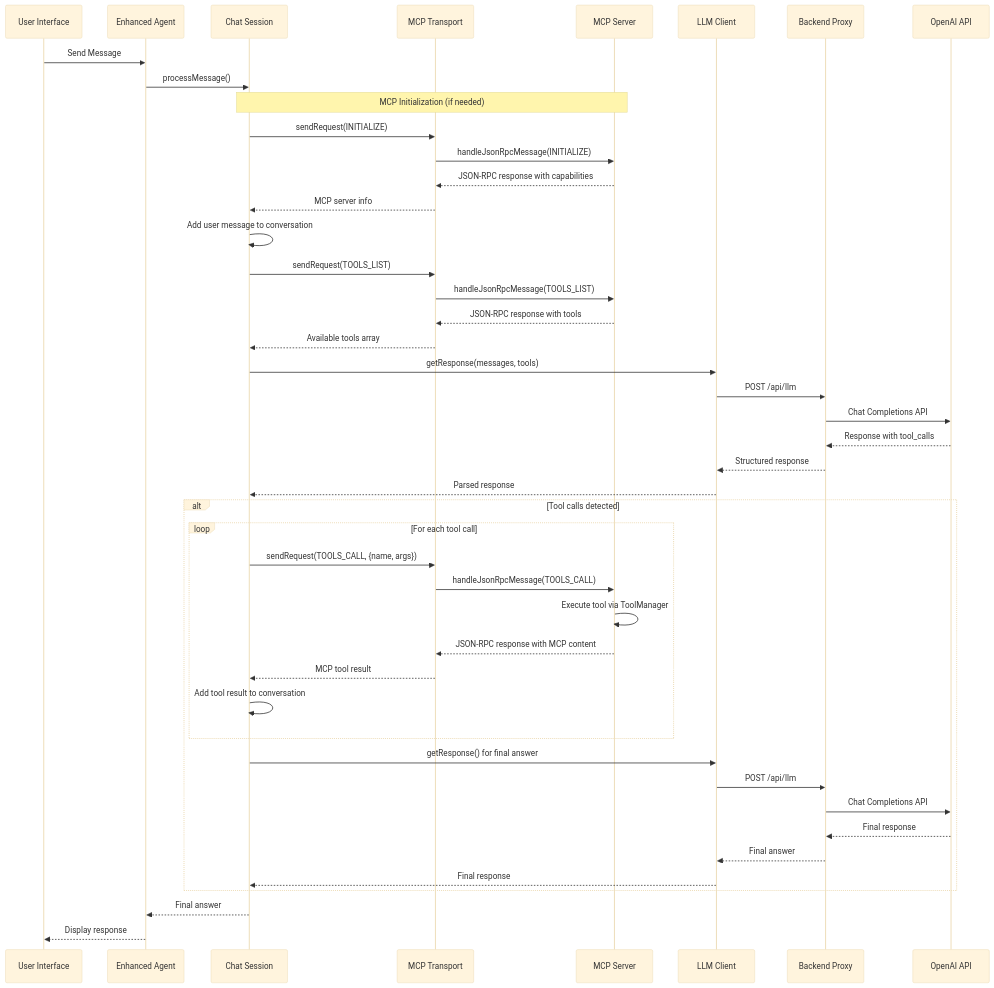
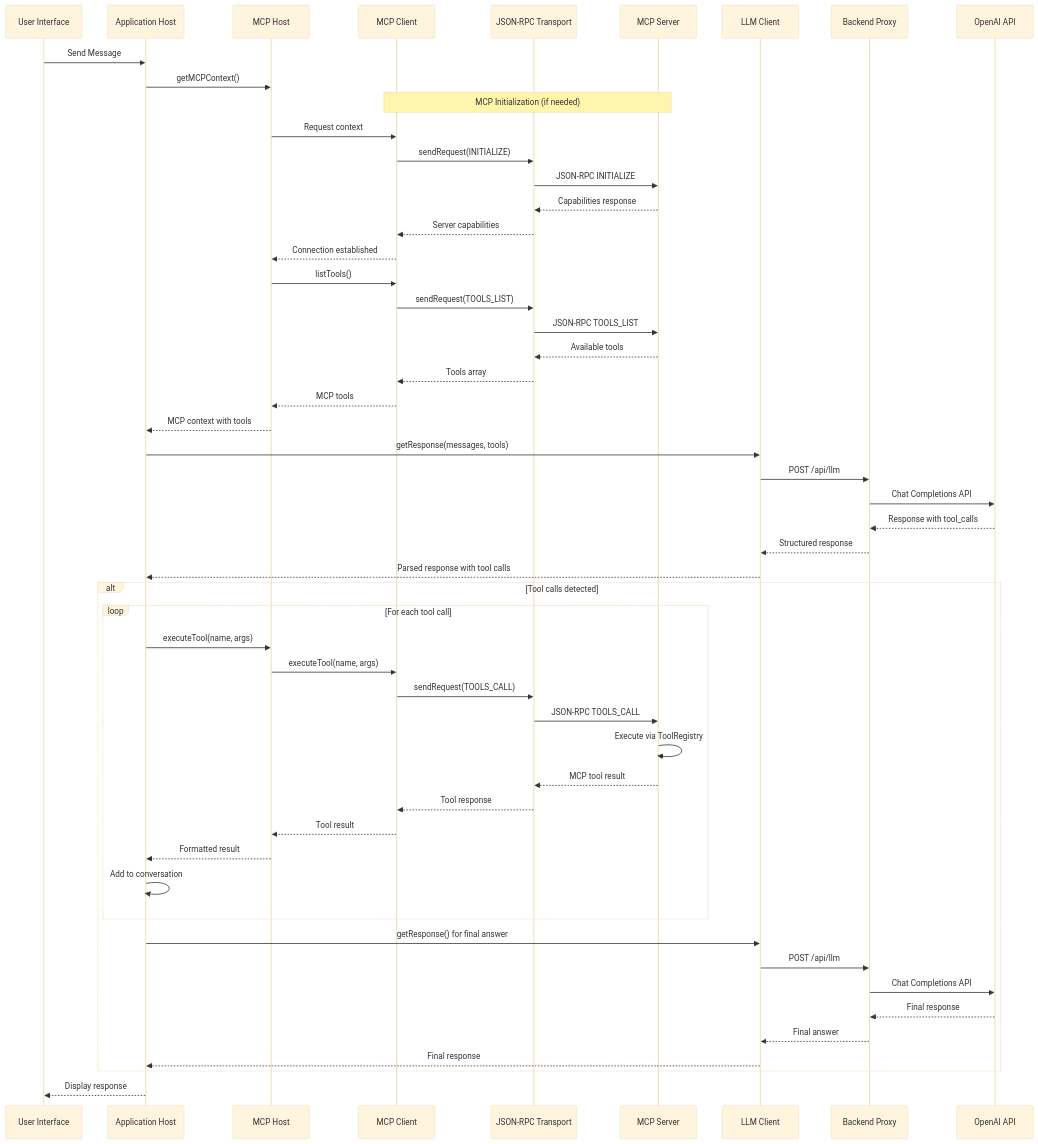
Before and after one commit to spiraltechnica/mcp-browser-agent: the diagram in README.md, drawn with Mermaid (base theme). The commit also changed other lines of this file and 22 other files, not shown here.

Commit message:
Refactored app to use more mcp aligned processes, updated readme.

````diff
--- a/README.md
+++ b/README.md
@@ -342,54 +563,62 @@
 ```mermaid
 sequenceDiagram
     participant User as User Interface
-    participant Agent as Enhanced Agent
-    participant Session as Chat Session
-    participant Transport as MCP Transport
-    participant Server as MCP Server
+    participant AppHost as Application Host
+    participant MCPHost as MCP Host
+    participant MCPClient as MCP Client
+    participant Transport as JSON-RPC Transport
+    participant MCPServer as MCP Server
     participant LLM as LLM Client
     participant Backend as Backend Proxy
     participant OpenAI as OpenAI API
 
-    User->>Agent: Send Message
-    Agent->>Session: processMessage()
+    User->>AppHost: Send Message
+    AppHost->>MCPHost: getMCPContext()
     
-    Note over Session,Server: MCP Initialization (if needed)
-    Session->>Transport: sendRequest(INITIALIZE)
-    Transport->>Server: handleJsonRpcMessage(INITIALIZE)
-    Server-->>Transport: JSON-RPC response with capabilities
-    Transport-->>Session: MCP server info
+    Note over MCPClient,MCPServer: MCP Initialization (if needed)
+    MCPHost->>MCPClient: Request context
+    MCPClient->>Transport: sendRequest(INITIALIZE)
+    Transport->>MCPServer: JSON-RPC INITIALIZE
+    MCPServer-->>Transport: Capabilities response
+    Transport-->>MCPClient: Server capabilities
+    MCPClient-->>MCPHost: Connection established
     
-    Session->>Session: Add user message to conversation
-    Session->>Transport: sendRequest(TOOLS_LIST)
-    Transport->>Server: handleJsonRpcMessage(TOOLS_LIST)
-    Server-->>Transport: JSON-RPC response with tools
-    Transport-->>Session: Available tools array
+    MCPHost->>MCPClient: listTools()
+    MCPClient->>Transport: sendRequest(TOOLS_LIST)
+    Transport->>MCPServer: JSON-RPC TOOLS_LIST
+    MCPServer-->>Transport: Available tools
+    Transport-->>MCPClient: Tools array
+    MCPClient-->>MCPHost: MCP tools
+    MCPHost-->>AppHost: MCP context with tools
     
-    Session->>LLM: getResponse(messages, tools)
+    AppHost->>LLM: getResponse(messages, tools)
     LLM->>Backend: POST /api/llm
     Backend->>OpenAI: Chat Completions API
     OpenAI-->>Backend: Response with tool_calls
     Backend-->>LLM: Structured response
-    LLM-->>Session: Parsed response
+    LLM-->>AppHost: Parsed response with tool calls
     
     alt Tool calls detected
         loop For each tool call
-            Session->>Transport: sendRequest(TOOLS_CALL, {name, args})
-            Transport->>Server: handleJsonRpcMessage(TOOLS_CALL)
-            Server->>Server: Execute tool via ToolManager
-            Server-->>Transport: JSON-RPC response with MCP content
-            Transport-->>Session: MCP tool result
-            Session->>Session: Add tool result to conversation
+            AppHost->>MCPHost: executeTool(name, args)
+            MCPHost->>MCPClient: executeTool(name, args)
+            MCPClient->>Transport: sendRequest(TOOLS_CALL)
+            Transport->>MCPServer: JSON-RPC TOOLS_CALL
+            MCPServer->>MCPServer: Execute via ToolRegistry
+            MCPServer-->>Transport: MCP tool result
+            Transport-->>MCPClient: Tool response
+            MCPClient-->>MCPHost: Tool result
+            MCPHost-->>AppHost: Formatted result
+            AppHost->>AppHost: Add to conversation
         end
         
-        Session->>LLM: getResponse() for final answer
+        AppHost->>LLM: getResponse() for final answer
         LLM->>Backend: POST /api/llm
         Backend->>OpenAI: Chat Completions API
         OpenAI-->>Backend: Final response
         Backend-->>LLM: Final answer
-        LLM-->>Session: Final response
+        LLM-->>AppHost: Final response
     end
     
-    Session-->>Agent: Final answer
-    Agent-->>User: Display response
+    AppHost-->>User: Display response
 ```
````
